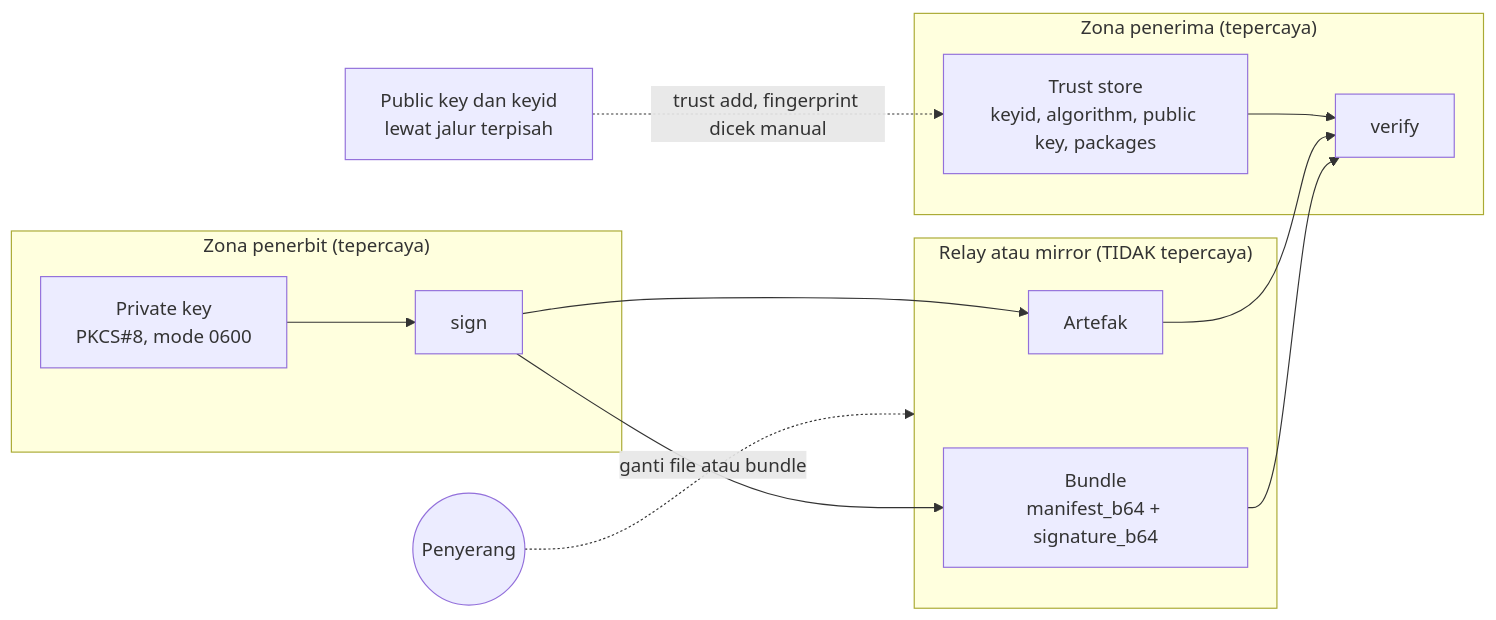
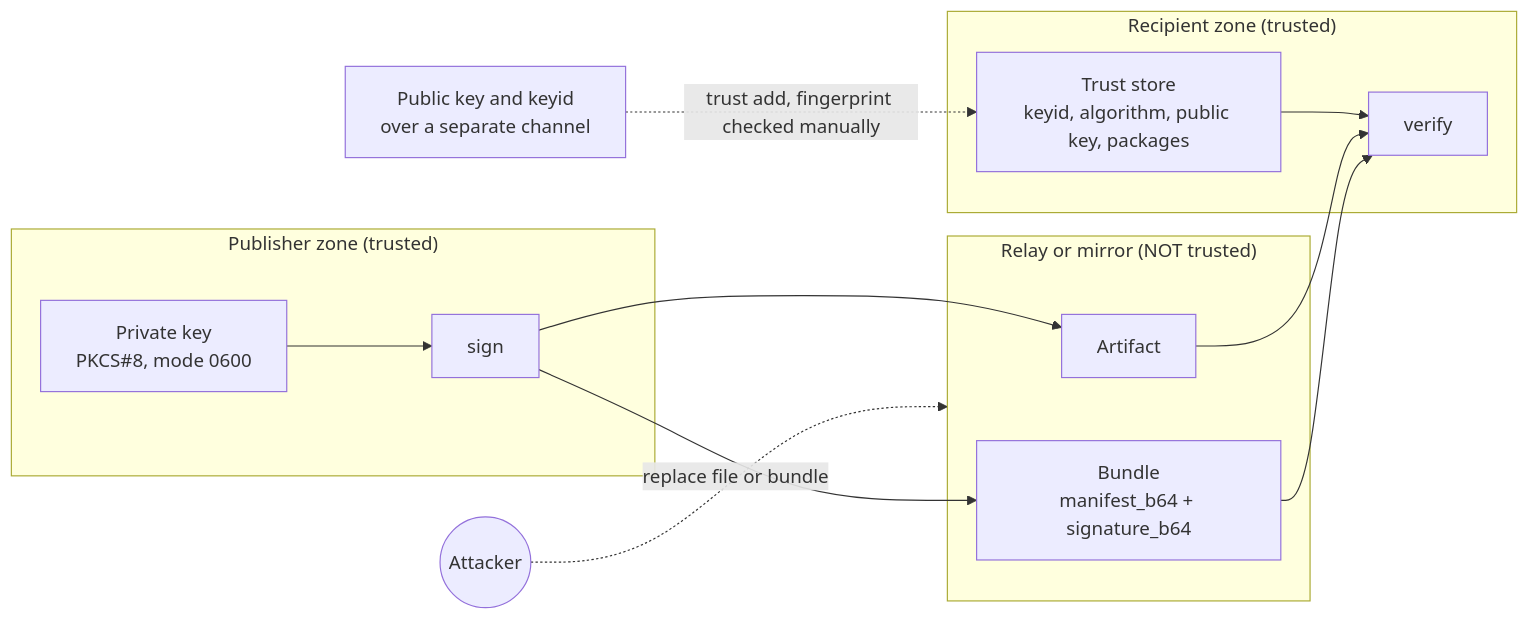
The first of 2 diagrams in docs/security.md (brii26/release-signer), drawn with Mermaid before and after one commit. The commit also changed other lines of this file and 17 other files, not shown here.

````diff
--- a/docs/security.md
+++ b/docs/security.md
@@ -22,26 +19,26 @@
 ```mermaid
 flowchart LR
-  subgraph PUB["Zona penerbit (tepercaya)"]
+  subgraph PUB["Publisher zone (trusted)"]
     PK["Private key<br/>PKCS#8, mode 0600"]
     SIGN["sign"]
     PK --> SIGN
   end
 
-  subgraph NET["Relay atau mirror (TIDAK tepercaya)"]
-    ART["Artefak"]
+  subgraph NET["Relay or mirror (NOT trusted)"]
+    ART["Artifact"]
     BUN["Bundle<br/>manifest_b64 + signature_b64"]
   end
 
-  subgraph CON["Zona penerima (tepercaya)"]
+  subgraph CON["Recipient zone (trusted)"]
     TS["Trust store<br/>keyid, algorithm, public key, packages"]
     VER["verify"]
     TS --> VER
   end
 
   SIGN --> ART
   SIGN --> BUN
   ART --> VER
   BUN --> VER
-  PUBKEY["Public key dan keyid<br/>lewat jalur terpisah"] -. "trust add, fingerprint dicek manual" .-> TS
-  ATK(("Penyerang")) -. "ganti file atau bundle" .-> NET
+  PUBKEY["Public key and keyid<br/>over a separate channel"] -. "trust add, fingerprint checked manually" .-> TS
+  ATK(("Attacker")) -. "replace file or bundle" .-> NET
 ```
````
